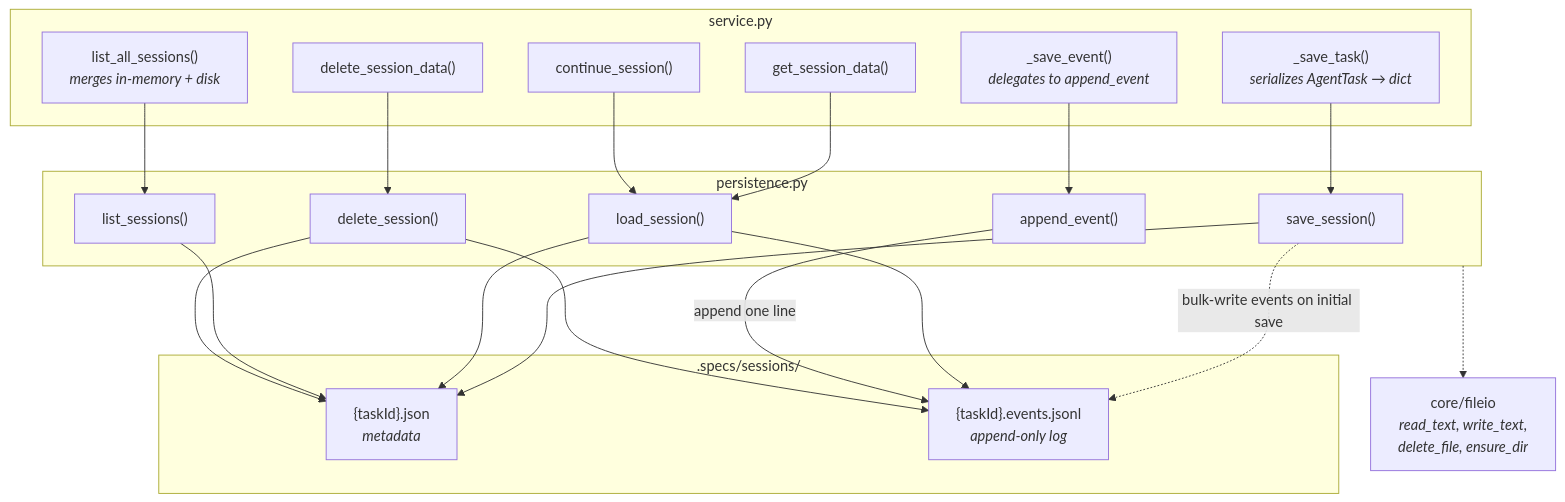
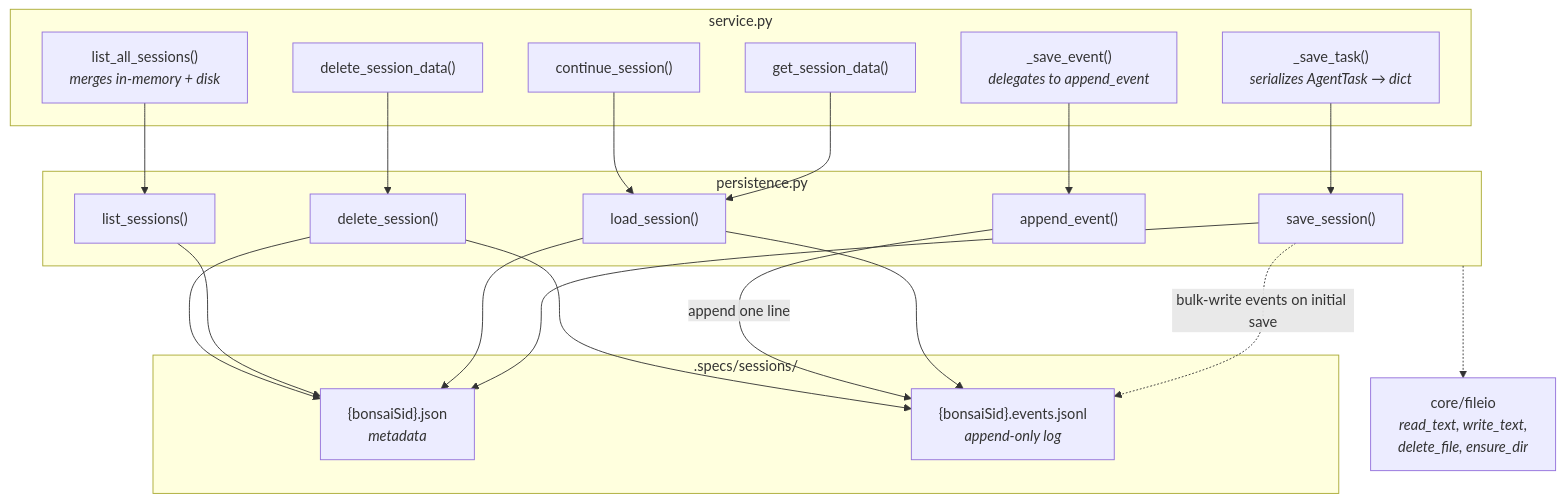
Before and after one commit to JetBrains/thinkrail: the diagram in backend/app/agent/PERSISTENCE.md, drawn with Mermaid. The commit also changed other lines of this file and 34 other files, not shown here.

Commit message:
task_id -> bonsai_sid; update sessions and manager

````diff
--- a/backend/app/agent/PERSISTENCE.md
+++ b/backend/app/agent/PERSISTENCE.md
@@ -13,42 +13,42 @@
 ```mermaid
 graph TD
     subgraph Service["service.py"]
         SaveTask["_save_task()<br/><i>serializes AgentTask → dict</i>"]
         SaveEvent["_save_event()<br/><i>delegates to append_event</i>"]
         ListAll["list_all_sessions()<br/><i>merges in-memory + disk</i>"]
         GetData["get_session_data()"]
         DelData["delete_session_data()"]
         Continue["continue_session()"]
     end
 
     subgraph Persistence["persistence.py"]
         Save["save_session()"]
         Load["load_session()"]
         ListDisk["list_sessions()"]
         Append["append_event()"]
         Delete["delete_session()"]
     end
 
     subgraph Disk[".specs/sessions/"]
-        Meta["{taskId}.json<br/><i>metadata</i>"]
-        Events["{taskId}.events.jsonl<br/><i>append-only log</i>"]
+        Meta["{bonsaiSid}.json<br/><i>metadata</i>"]
+        Events["{bonsaiSid}.events.jsonl<br/><i>append-only log</i>"]
     end
 
     SaveTask --> Save
     SaveEvent --> Append
     ListAll --> ListDisk
     GetData --> Load
     DelData --> Delete
     Continue --> Load
 
     Save --> Meta
     Save -.->|bulk-write events on initial save| Events
     Load --> Meta
     Load --> Events
     ListDisk --> Meta
     Append -->|append one line| Events
     Delete --> Meta
     Delete --> Events
 
     Persistence -.-> FileIO["core/fileio<br/><i>read_text, write_text,<br/>delete_file, ensure_dir</i>"]
 ```
````
